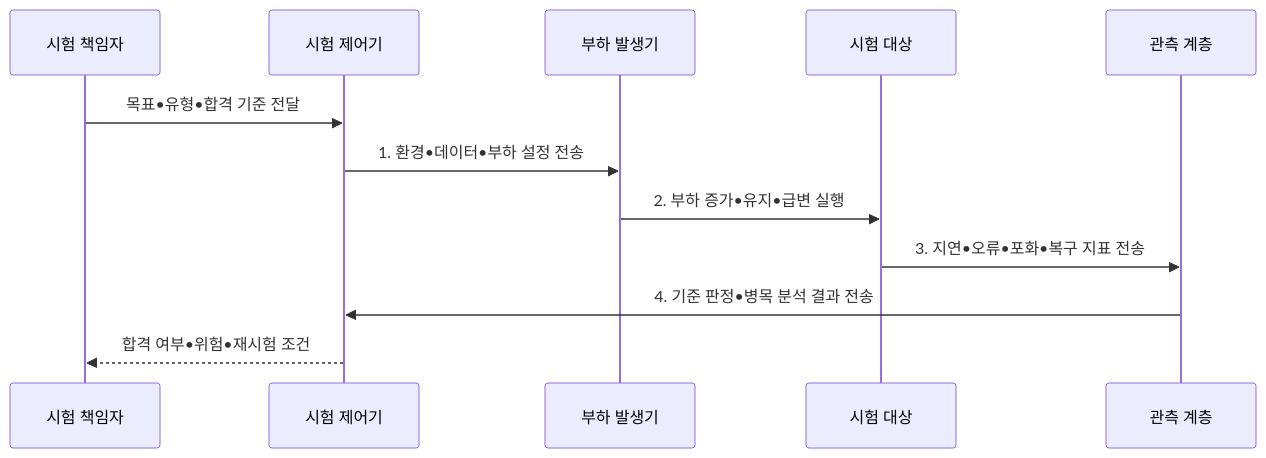
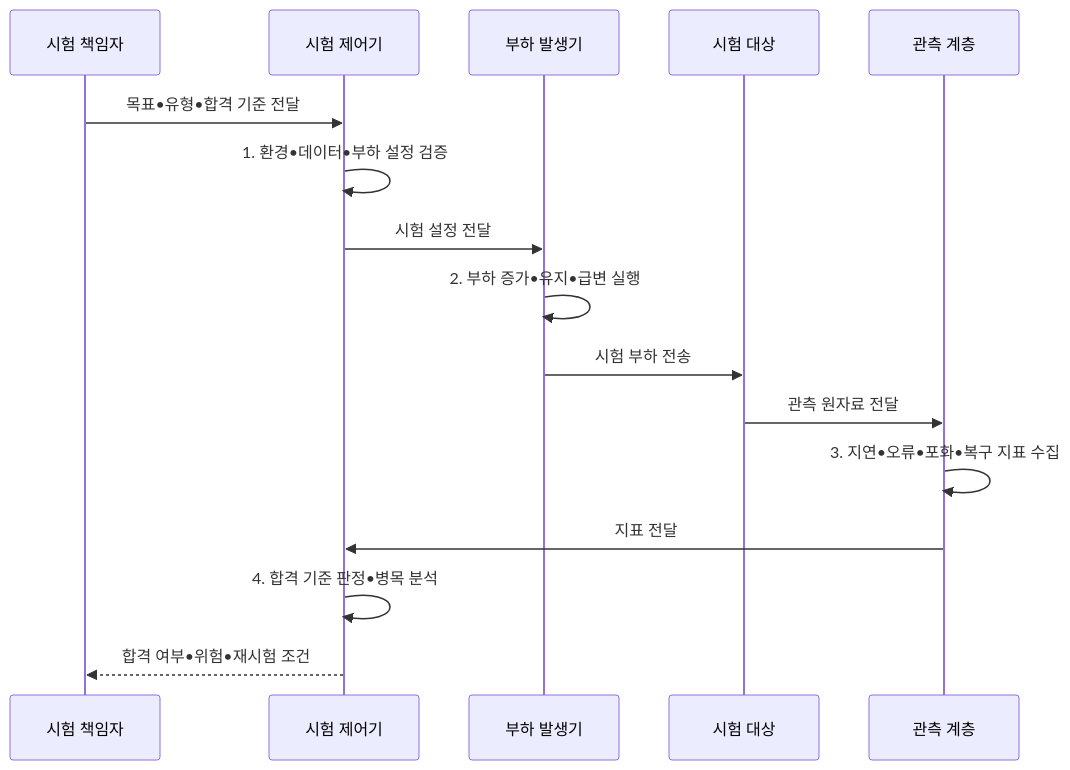
Before and after one commit to agnusdei1207/knowledge-base: the second of 2 diagrams in src/content/docs/notes/06-evaluation/006_performance_testing_types.md, drawn with Mermaid. The commit also changed other lines of this file and 20 other files, not shown here.

````diff
--- a/src/content/docs/notes/06-evaluation/006_performance_testing_types.md
+++ b/src/content/docs/notes/06-evaluation/006_performance_testing_types.md
@@ -103,14 +103,18 @@
 ```mermaid
 sequenceDiagram
   participant O as 시험 책임자
   participant C as 시험 제어기
   participant L as 부하 발생기
   participant D as 시험 대상
   participant M as 관측 계층
   O->>C: 목표•유형•합격 기준 전달
-  C->>L: 1. 환경•데이터•부하 설정 전송
-  L->>D: 2. 부하 증가•유지•급변 실행
-  D->>M: 3. 지연•오류•포화•복구 지표 전송
-  M->>C: 4. 기준 판정•병목 분석 결과 전송
+  C->>C: 1. 환경•데이터•부하 설정 검증
+  C->>L: 시험 설정 전달
+  L->>L: 2. 부하 증가•유지•급변 실행
+  L->>D: 시험 부하 전송
+  D->>M: 관측 원자료 전달
+  M->>M: 3. 지연•오류•포화•복구 지표 수집
+  M->>C: 지표 전달
+  C->>C: 4. 합격 기준 판정•병목 분석
   C-->>O: 합격 여부•위험•재시험 조건
 ```
````
